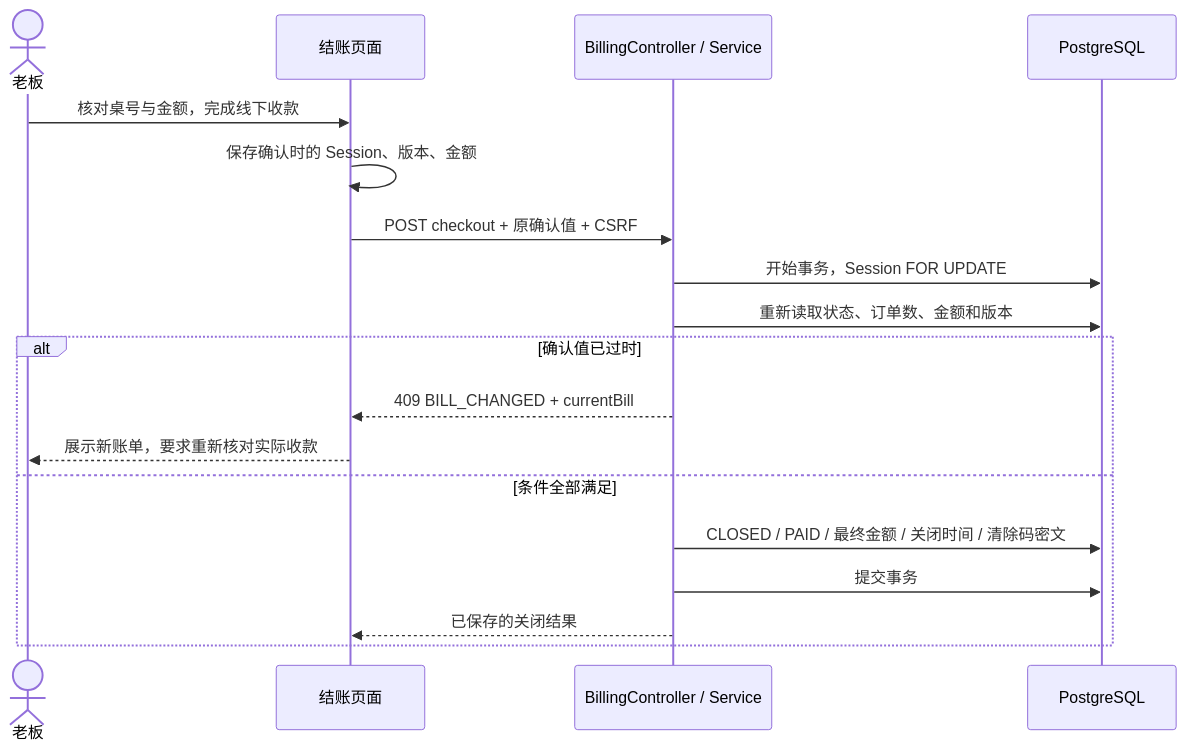
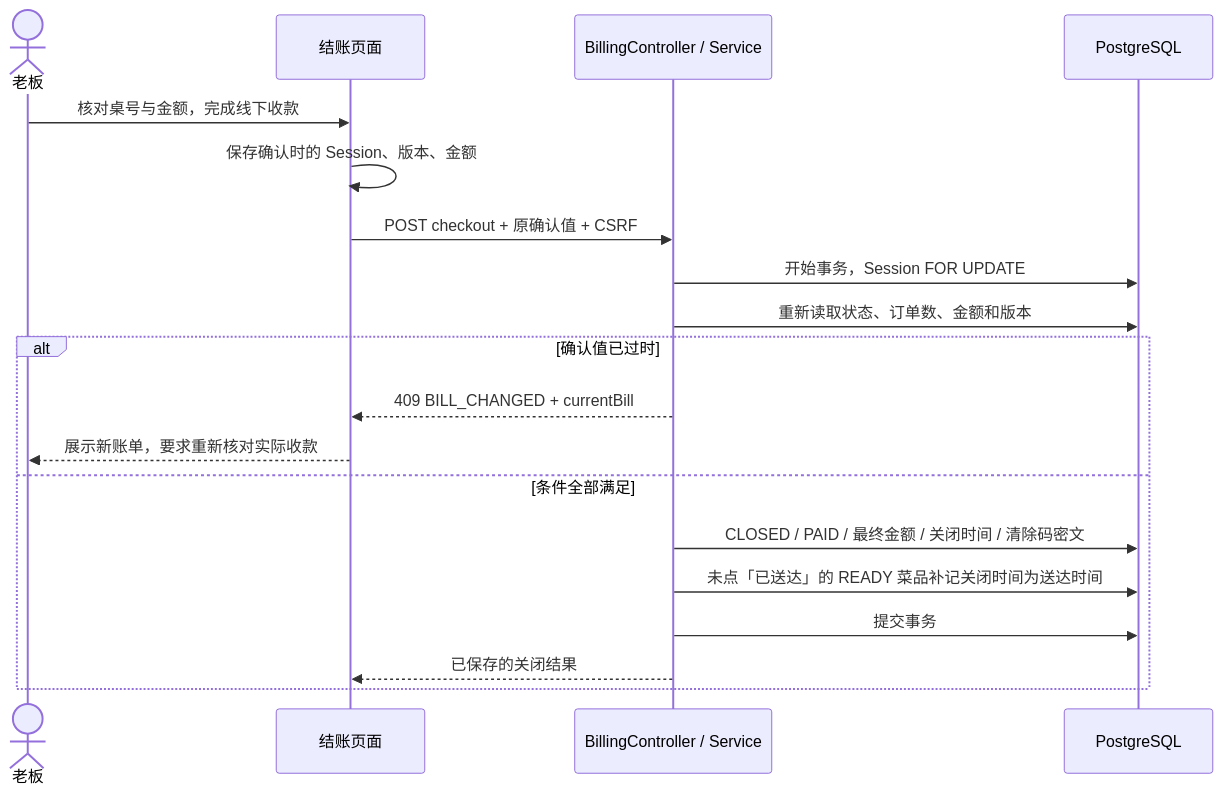
The diagram in docs/billing-history.md (lorenzoyang/TavoloFlow), drawn with Mermaid before and after one commit. The commit also changed other lines of this file and 19 other files, not shown here.

````diff
--- a/docs/billing-history.md
+++ b/docs/billing-history.md
@@ -61,20 +61,21 @@
 ```mermaid
 sequenceDiagram
     actor O as 老板
     participant UI as 结账页面
     participant API as BillingController / Service
     participant DB as PostgreSQL
     O->>UI: 核对桌号与金额，完成线下收款
     UI->>UI: 保存确认时的 Session、版本、金额
     UI->>API: POST checkout + 原确认值 + CSRF
     API->>DB: 开始事务，Session FOR UPDATE
     API->>DB: 重新读取状态、订单数、金额和版本
     alt 确认值已过时
         API-->>UI: 409 BILL_CHANGED + currentBill
         UI-->>O: 展示新账单，要求重新核对实际收款
     else 条件全部满足
         API->>DB: CLOSED / PAID / 最终金额 / 关闭时间 / 清除码密文
+        API->>DB: 未点「已送达」的 READY 菜品补记关闭时间为送达时间
         API->>DB: 提交事务
         API-->>UI: 已保存的关闭结果
     end
 ```
````
